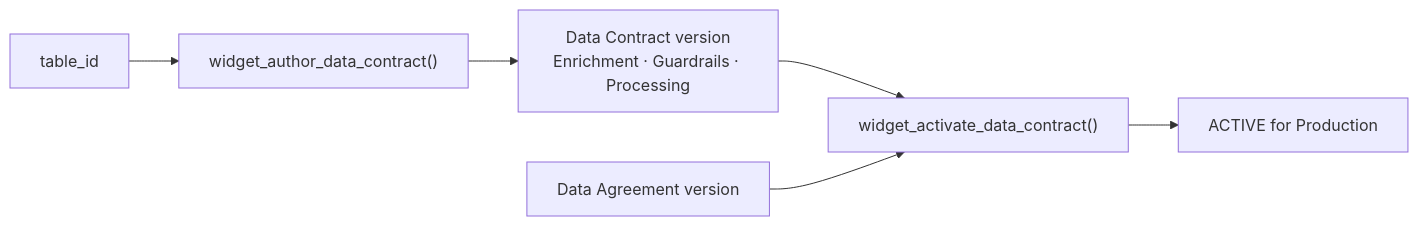
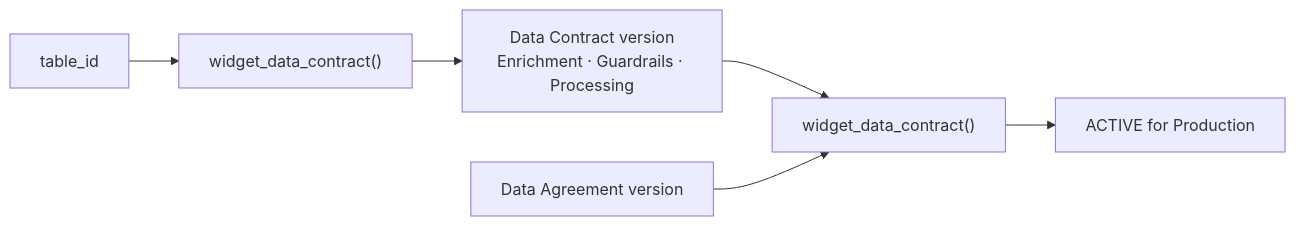
The fifth of 5 diagrams in docs/how-fabricops-works.md (Voycepeh/FabricOps-Starter-Kit), drawn with Mermaid before and after one commit. The commit also changed other lines of this file and 33 other files, not shown here.

Commit message:
Redesign Data Contract governance widget (#1367)

````diff
--- a/docs/how-fabricops-works.md
+++ b/docs/how-fabricops-works.md
@@ -222,8 +222,8 @@
     ```mermaid
     flowchart LR
-        TABLE["table_id"] --> AUTHOR["widget_author_data_contract()"]
+        TABLE["table_id"] --> AUTHOR["widget_data_contract()"]
         AUTHOR --> CONTRACT["Data Contract version<br/>Enrichment · Guardrails · Processing"]
-        CONTRACT --> ACTIVATE["widget_activate_data_contract()"]
+        CONTRACT --> ACTIVATE["widget_data_contract()"]
         AGREEMENT["Data Agreement version"] --> ACTIVATE
         ACTIVATE --> ACTIVE["ACTIVE for Production"]
     ```
````
